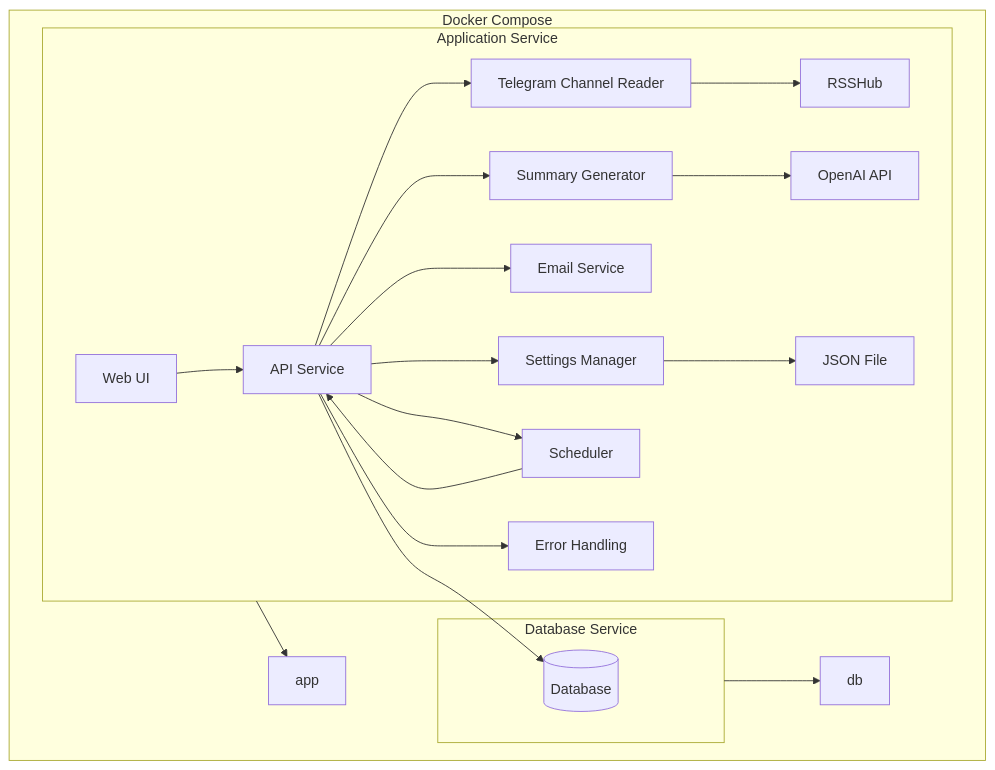
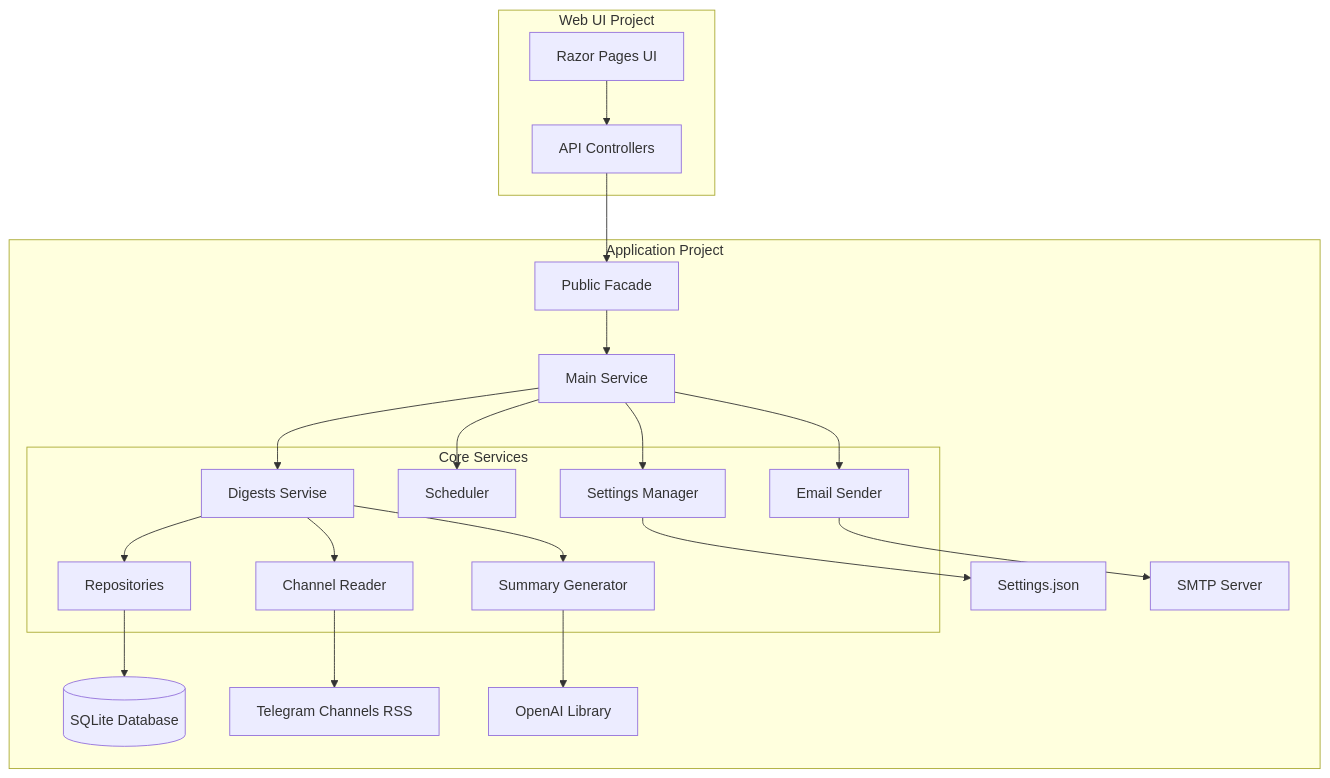
One commit to stone-w4tch3r/telegram_digest changed the first of 2 diagrams in README.md. Above: the diagram before and after it, drawn with Mermaid. The commit also changed other lines of this file and 2 other files, not shown here.

````diff
--- a/README.md
+++ b/README.md
@@ -75,27 +78,43 @@
 ```mermaid
-graph TD
-    subgraph ApplicationService[Application Service]
-        WebUI[Web UI] --> APIService[API Service]
-        APIService --> TelegramChannelReader[Telegram Channel Reader]
-        TelegramChannelReader --> RSSHub[RSSHub]
-        APIService --> SummaryGenerator[Summary Generator]
-        SummaryGenerator --> OpenAI[OpenAI API]
-        APIService --> EmailService[Email Service]
-        APIService --> SettingsManager[Settings Manager]
-        SettingsManager --> JSONFile[JSON File]
-        APIService --> Scheduler[Scheduler]
-        APIService --> ErrorHandling[Error Handling]
+
+graph TB
+    subgraph "Web UI Project"
+        UI[Razor Pages UI]
+        API[API Controllers]
     end
 
-    subgraph DatabaseService[Database Service]
-        Database[(Database)]
+    subgraph "Application Project"
+        PF[Public Facade]
+        MS[Main Service]
+
+        subgraph "Core Services"
+            CR[Channel Reader]
+            SG[Summary Generator]
+            SM[Settings Manager]
+            SCH[Scheduler]
+            ES[Email Sender]
+            DS[Digests Servise]
+            REP[Repositories]
+        end
+
+        DB[(SQLite Database)]
+        JSON[Settings.json]
+
+        RSS[Telegram Channels RSS]
+        SMTP[SMTP Server]
+        OAI[OpenAI Library]
     end
 
-    APIService --> Database
-    Scheduler --> APIService
+        
 
-    subgraph DockerCompose[Docker Compose]
-        ApplicationService --> DockerApp[app]
-        DatabaseService --> DockerDB[db]
-    end
+    UI --> API
+    API --> PF
+    PF --> MS
+    MS --> SM & SCH & ES & DS
+    CR --> RSS
+    SG --> OAI
+    ES --> SMTP
+    DS --> REP & CR & SG
+    REP --> DB
+    SM --> JSON
 ```
````
